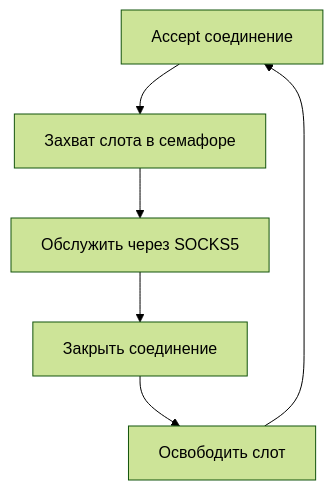
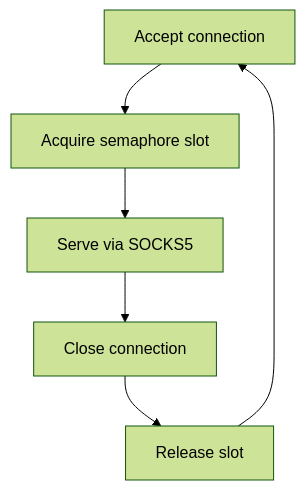
The tenth of 11 diagrams in README.md (voluminor/ratatoskr), drawn with Mermaid (forest theme) before and after one commit. The commit also changed other lines of this file and 1 other file, not shown here.

````diff
--- a/README.md
+++ b/README.md
@@ -869,6 +871,6 @@
 ```mermaid
 flowchart TD
-    ACCEPT[Accept соединение] --> SEM[Захват слота в семафоре]
-    SEM --> SERVE[Обслужить через SOCKS5]
-    SERVE --> CLOSE[Закрыть соединение] --> FREE[Освободить слот] --> ACCEPT
+    ACCEPT[Accept connection] --> SEM[Acquire semaphore slot]
+    SEM --> SERVE[Serve via SOCKS5]
+    SERVE --> CLOSE[Close connection] --> FREE[Release slot] --> ACCEPT
 ```
````
